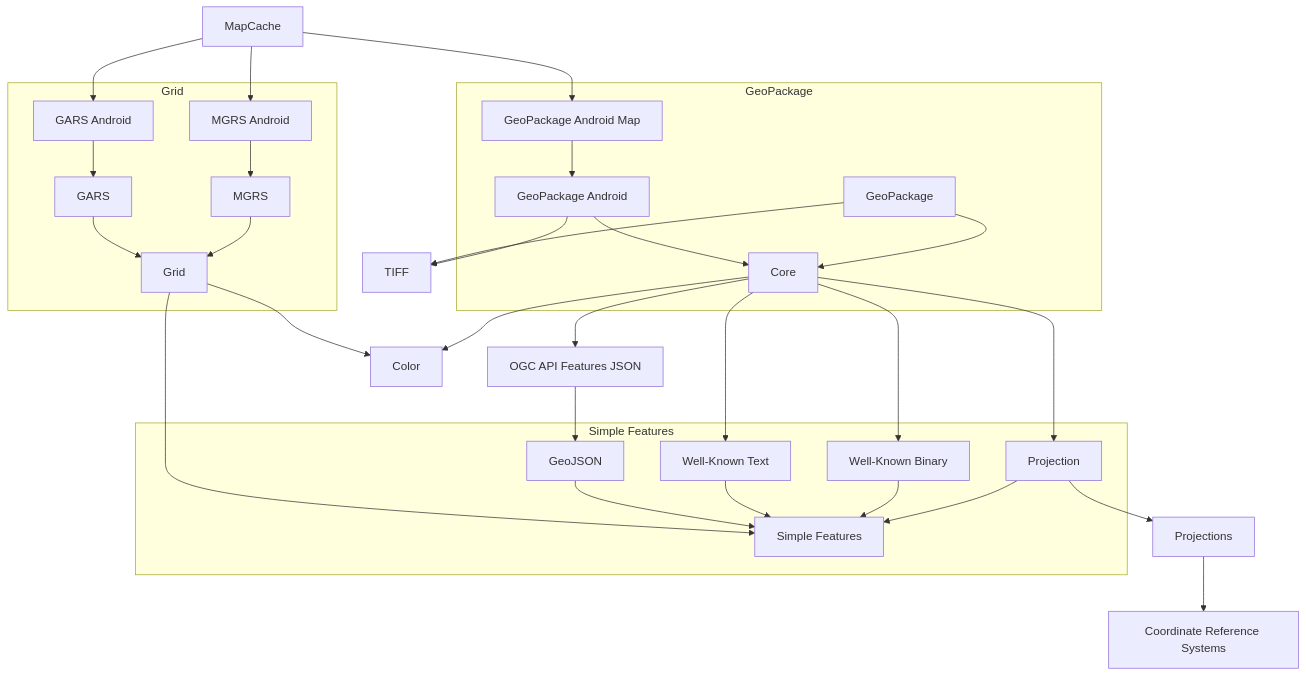
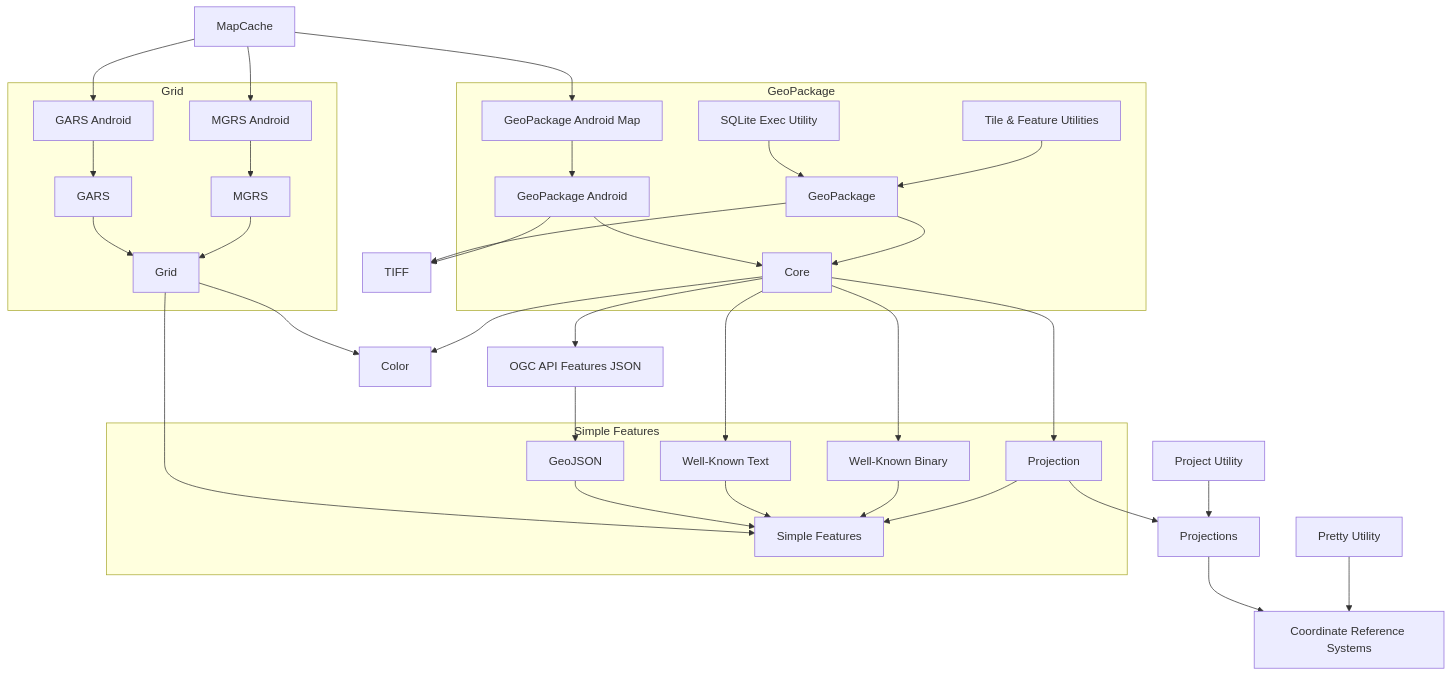
The diagram in DependencyJavaAndroid.md (ngageoint/GeoPackage), drawn with Mermaid before and after one commit.

````diff
--- a/DependencyJavaAndroid.md
+++ b/DependencyJavaAndroid.md
@@ -3,38 +3,43 @@
 ```mermaid
 graph TD;
     MapCache-->GP_AndroidMap
     MapCache-->GD_MGRSAndroid
     MapCache-->GD_GARSAndroid
     subgraph GeoPackage
+        GP_Utilities[Tile & Feature Utilities]-->GP
+        GP_SQLiteExec[SQLite Exec Utility]-->GP
         GP[GeoPackage]-->GP_Core
         GP_AndroidMap[GeoPackage Android Map]-->GP_Android
         GP_Android[GeoPackage Android]-->GP_Core
         GP_Core[Core]
     end
     GP_Android-->TIFF
     GP-->TIFF
     GP_Core-->SF_WKB
     GP_Core-->SF_WKT
     GP_Core-->SF_Projection
     GP_Core-->OGCAPIFeatures
     GP_Core-->Color
     OGCAPIFeatures[OGC API Features JSON]-->SF_GeoJSON
     subgraph Simple Features
         SF_Projection[Projection]-->SF
         SF_WKB[Well-Known Binary]-->SF
         SF_WKT[Well-Known Text]-->SF
         SF_GeoJSON[GeoJSON]-->SF
         SF[Simple Features]
     end
     SF_Projection-->Projections
-    Projections-->CRS[Coordinate Reference Systems]
+    ProjectUtility[Project Utility]-->Projections
+    PrettyUtility[Pretty Utility]-->CRS
+    Projections-->CRS
+    CRS[Coordinate Reference Systems]
     subgraph Grid
         GD_MGRSAndroid[MGRS Android]-->GD_MGRS
         GD_GARSAndroid[GARS Android]-->GD_GARS
         GD_MGRS[MGRS]-->GD
         GD_GARS[GARS]-->GD
         GD[Grid]
     end
     GD-->Color
     GD-->SF
 ```
````
